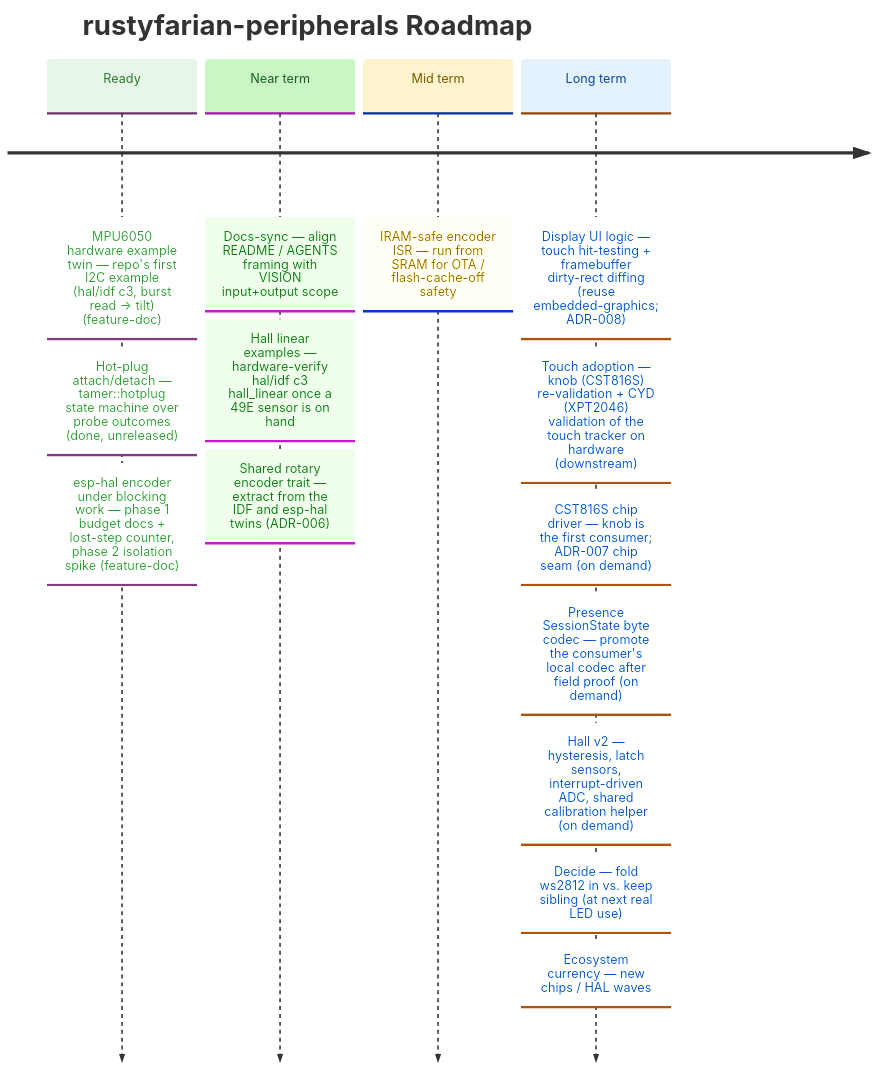
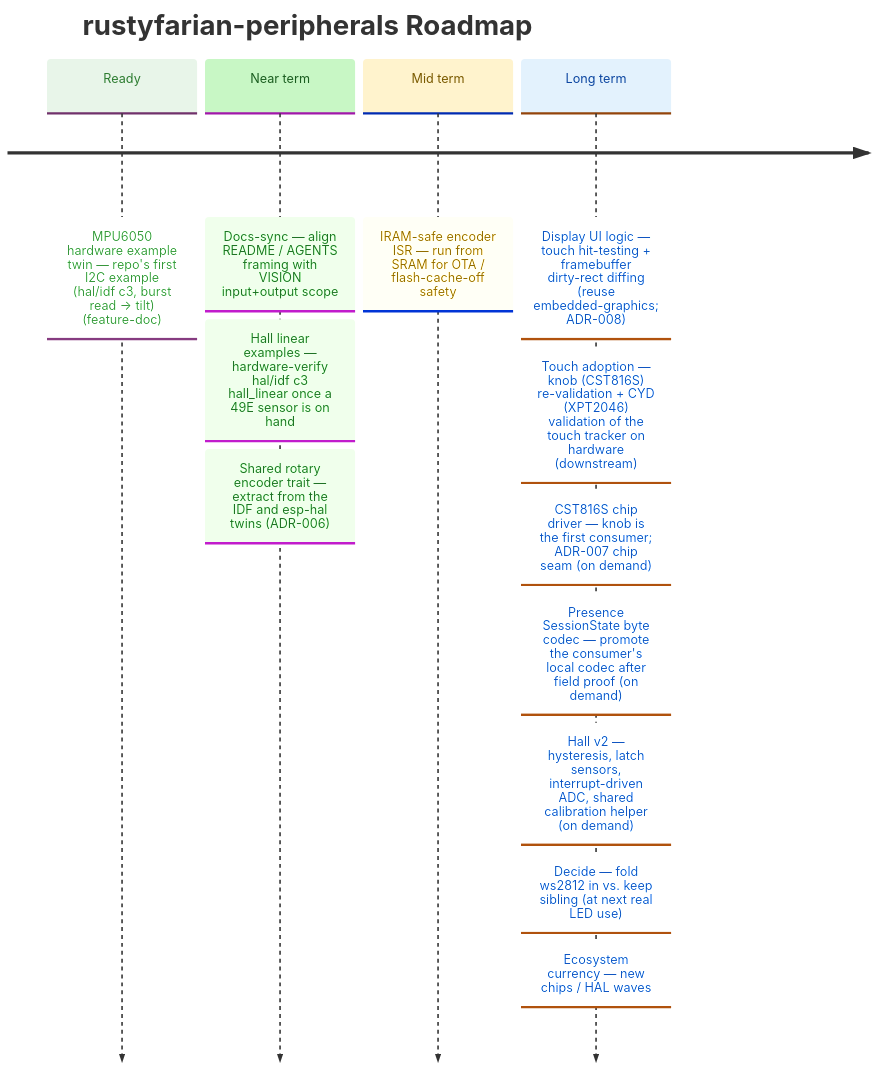
Before and after one commit to datenkollektiv/rustyfarian-peripherals: the diagram in docs/ROADMAP.md, drawn with Mermaid. The commit also changed other lines of this file and 3 other files, not shown here.

Commit message:
Roadmap Hygiene 2026-10-28

````diff
--- a/docs/ROADMAP.md
+++ b/docs/ROADMAP.md
@@ -10,36 +10,34 @@
 ```mermaid
 %%{init: {
   "theme": "base",
   "themeVariables": {
     "cScale0": "#e8f5e9",
     "cScaleLabel0": "#2e7d32",
     "cScale1": "#c8f7c5",
     "cScaleLabel1": "#1b5e20",
     "cScale2": "#fff3cd",
     "cScaleLabel2": "#7a5a00",
     "cScale3": "#e3f2fd",
     "cScaleLabel3": "#0d47a1"
   }
 }}%%
 
 timeline
     title rustyfarian-peripherals Roadmap
 
     Ready     : MPU6050 hardware example twin — repo's first I2C example (hal/idf c3, burst read → tilt) (feature-doc)
-              : Hot-plug attach/detach — tamer::hotplug state machine over probe outcomes (done, unreleased)
-              : esp-hal encoder under blocking work — phase 1 budget docs + lost-step counter, phase 2 isolation spike (feature-doc)
 
     Near term : Docs-sync — align README / AGENTS framing with VISION input+output scope
               : Hall linear examples — hardware-verify hal/idf c3 hall_linear once a 49E sensor is on hand
               : Shared rotary encoder trait — extract from the IDF and esp-hal twins (ADR-006)
 
     Mid term  : IRAM-safe encoder ISR — run from SRAM for OTA / flash-cache-off safety
 
     Long term : Display UI logic — touch hit-testing + framebuffer dirty-rect diffing (reuse embedded-graphics; ADR-008)
               : Touch adoption — knob (CST816S) re-validation + CYD (XPT2046) validation of the touch tracker on hardware (downstream)
               : CST816S chip driver — knob is the first consumer; ADR-007 chip seam (on demand)
               : Presence SessionState byte codec — promote the consumer's local codec after field proof (on demand)
               : Hall v2 — hysteresis, latch sensors, interrupt-driven ADC, shared calibration helper (on demand)
               : Decide — fold ws2812 in vs. keep sibling (at next real LED use)
               : Ecosystem currency — new chips / HAL waves
 ```
````
